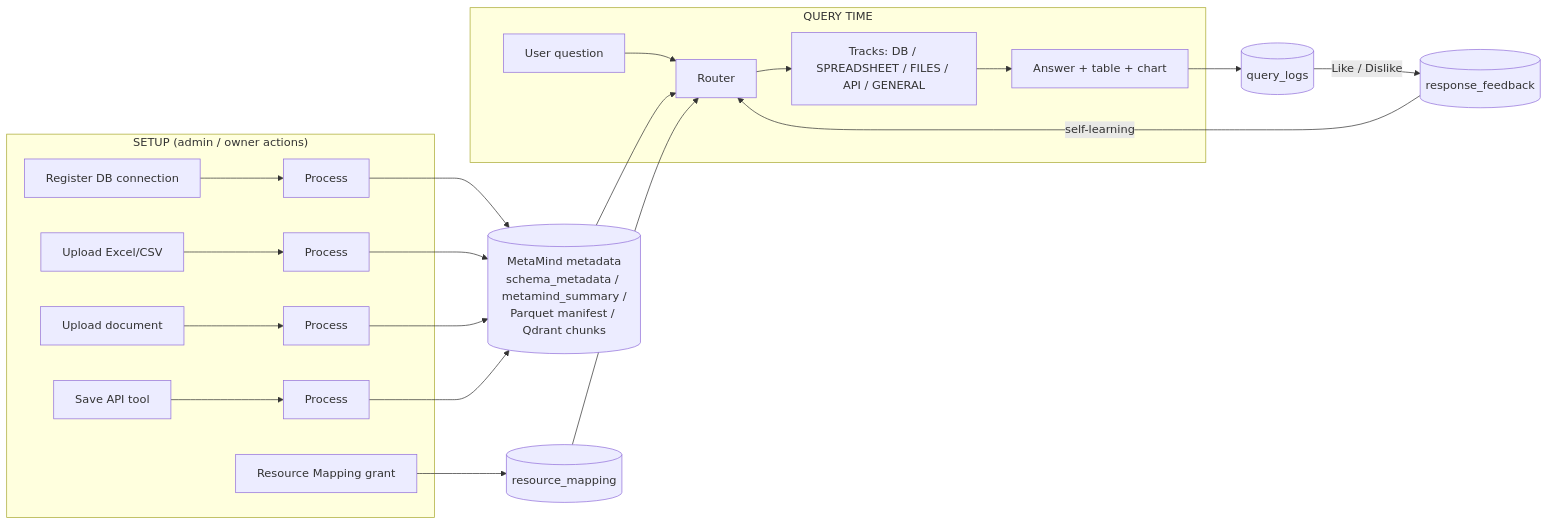
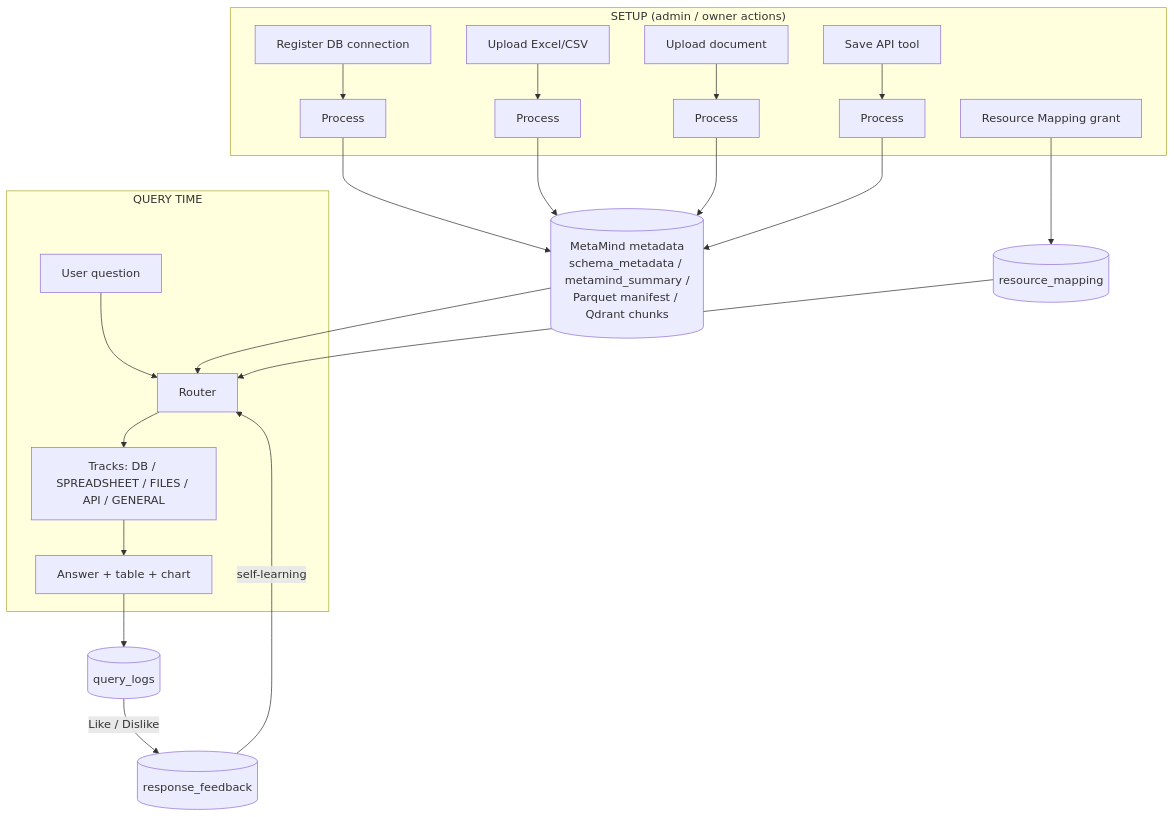
The first of 11 diagrams in docs/SAARTHI_DESIGN_DOCUMENT.md (TathyumSolutions/SAARTHI2.0), drawn with Mermaid before and after one commit. The commit also changed other lines of this file and 1 other file, not shown here.

````diff
--- a/docs/SAARTHI_DESIGN_DOCUMENT.md
+++ b/docs/SAARTHI_DESIGN_DOCUMENT.md
@@ -47,22 +47,22 @@
 ```mermaid
-flowchart LR
+flowchart TB
     subgraph Setup["SETUP (admin / owner actions)"]
         A1[Register DB connection] --> P1[Process]
         A2[Upload Excel/CSV] --> P2[Process]
         A3[Upload document] --> P3[Process]
         A4[Save API tool] --> P4[Process]
         G[Resource Mapping grant]
     end
     P1 & P2 & P3 & P4 --> MM[(MetaMind metadata<br/>schema_metadata / metamind_summary /<br/>Parquet manifest / Qdrant chunks)]
     G --> RM[(resource_mapping)]
     subgraph Ask["QUERY TIME"]
         Q[User question] --> R[Router]
         R --> T[Tracks: DB / SPREADSHEET / FILES / API / GENERAL]
         T --> ANS[Answer + table + chart]
     end
     MM --> R
     RM --> R
     ANS --> QL[(query_logs)]
     QL -->|Like / Dislike| FB[(response_feedback)]
     FB -->|self-learning| R
 ```
````
